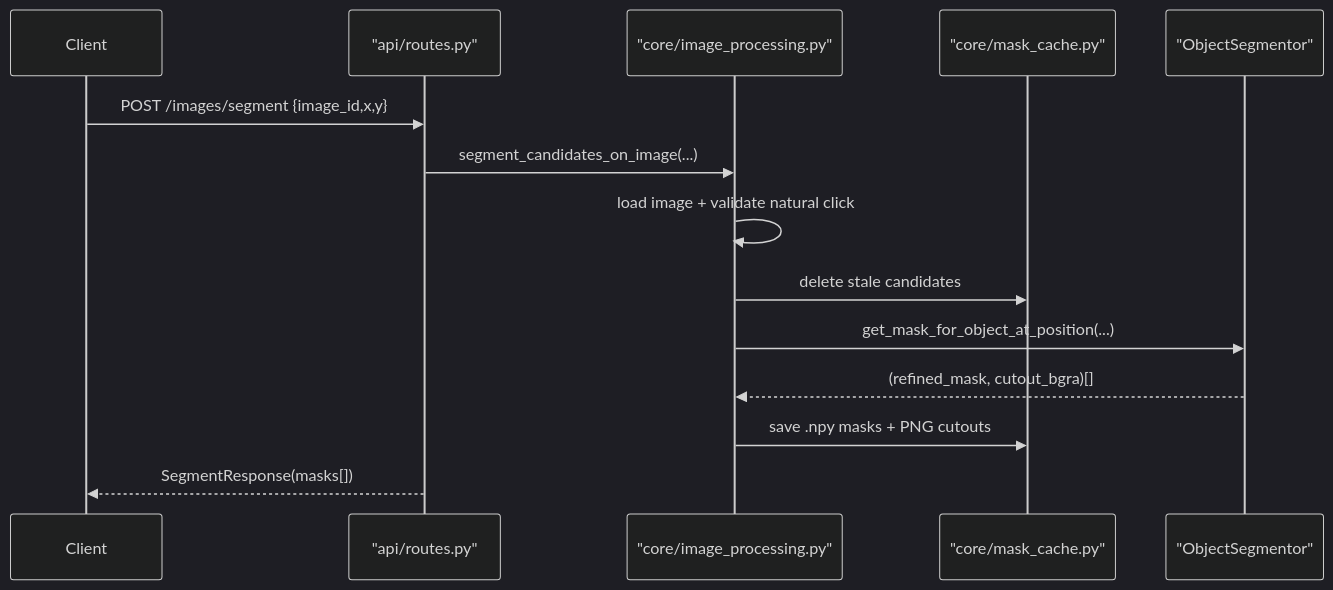
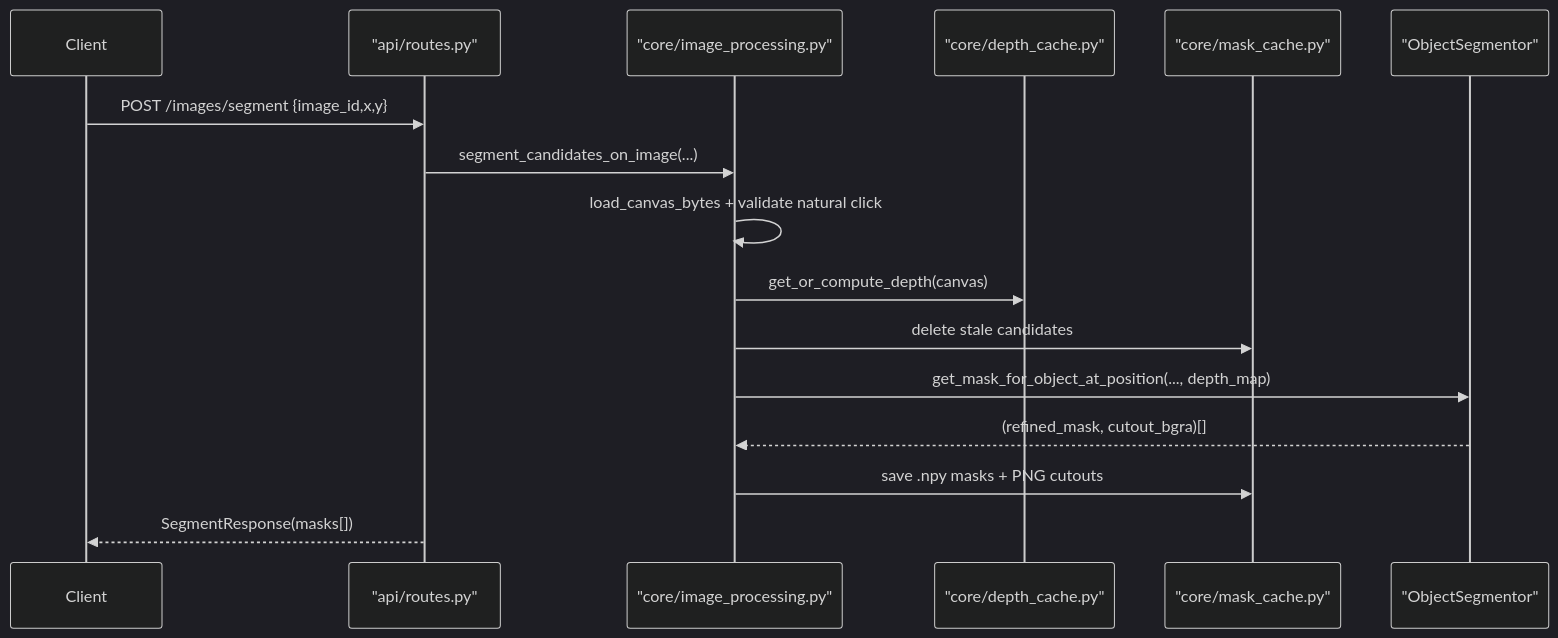
One commit to 1mache/avroom changed the second of 4 diagrams in docs/backend/data-flow.md. Above: the diagram before and after it, drawn with Mermaid (dark theme). The commit also changed other lines of this file and 14 other files, not shown here.

First line of the commit message:
Update documentation and API for object metadata and depth rescaling

````diff
--- a/docs/backend/data-flow.md
+++ b/docs/backend/data-flow.md
@@ -22,17 +22,19 @@
 ```mermaid
 sequenceDiagram
     participant Client
     participant Router as "api/routes.py"
     participant Core as "core/image_processing.py"
+    participant Depth as "core/depth_cache.py"
     participant Cache as "core/mask_cache.py"
     participant AI as "ObjectSegmentor"
 
     Client->>Router: POST /images/segment {image_id,x,y}
     Router->>Core: segment_candidates_on_image(...)
-    Core->>Core: load image + validate natural click
+    Core->>Core: load_canvas_bytes + validate natural click
+    Core->>Depth: get_or_compute_depth(canvas)
     Core->>Cache: delete stale candidates
-    Core->>AI: get_mask_for_object_at_position(...)
+    Core->>AI: get_mask_for_object_at_position(..., depth_map)
     AI-->>Core: (refined_mask, cutout_bgra)[]
     Core->>Cache: save .npy masks + PNG cutouts
     Router-->>Client: SegmentResponse(masks[])
 ```
````
